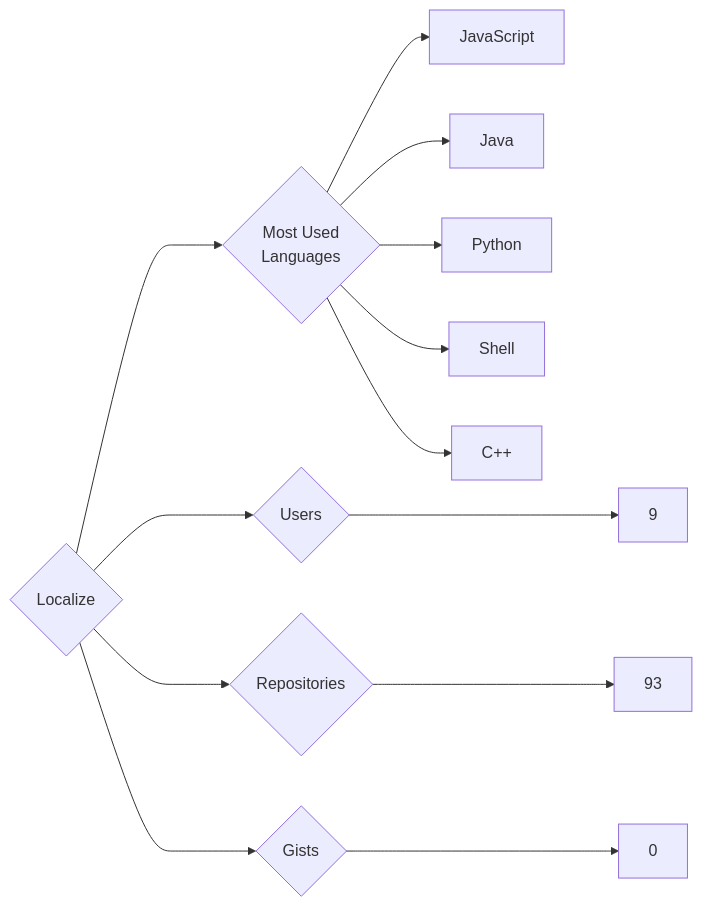
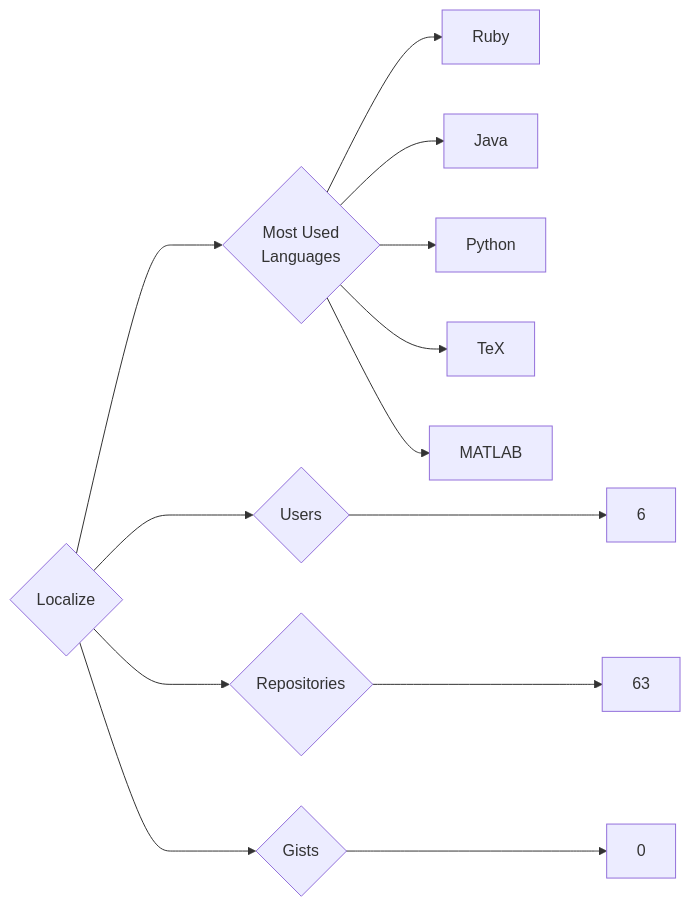
One commit to trickest/insiders changed the diagram in targets/Localize/README.md. Above: the diagram before and after it, drawn with Mermaid. The commit also changed 930 other files, not shown here.

````diff
--- a/targets/Localize/README.md
+++ b/targets/Localize/README.md
@@ -3,13 +3,13 @@
 ```mermaid
 graph LR
 COMPANY_NAME{Localize}
-COMPANY_NAME ---> U{Users} ---> UN[9]
-COMPANY_NAME ---> R{Repositories} ---> RN[93]
+COMPANY_NAME ---> U{Users} ---> UN[6]
+COMPANY_NAME ---> R{Repositories} ---> RN[63]
 COMPANY_NAME ---> G{Gists} ---> GN[0]
 COMPANY_NAME ---> ML{Most Used<br>Languages}
-ML --> JavaScript[JavaScript]
+ML --> Ruby[Ruby]
 ML --> Java[Java]
 ML --> Python[Python]
-ML --> Shell[Shell]
-ML --> C++[C++]
+ML --> TeX[TeX]
+ML --> MATLAB[MATLAB]
 ```
````
